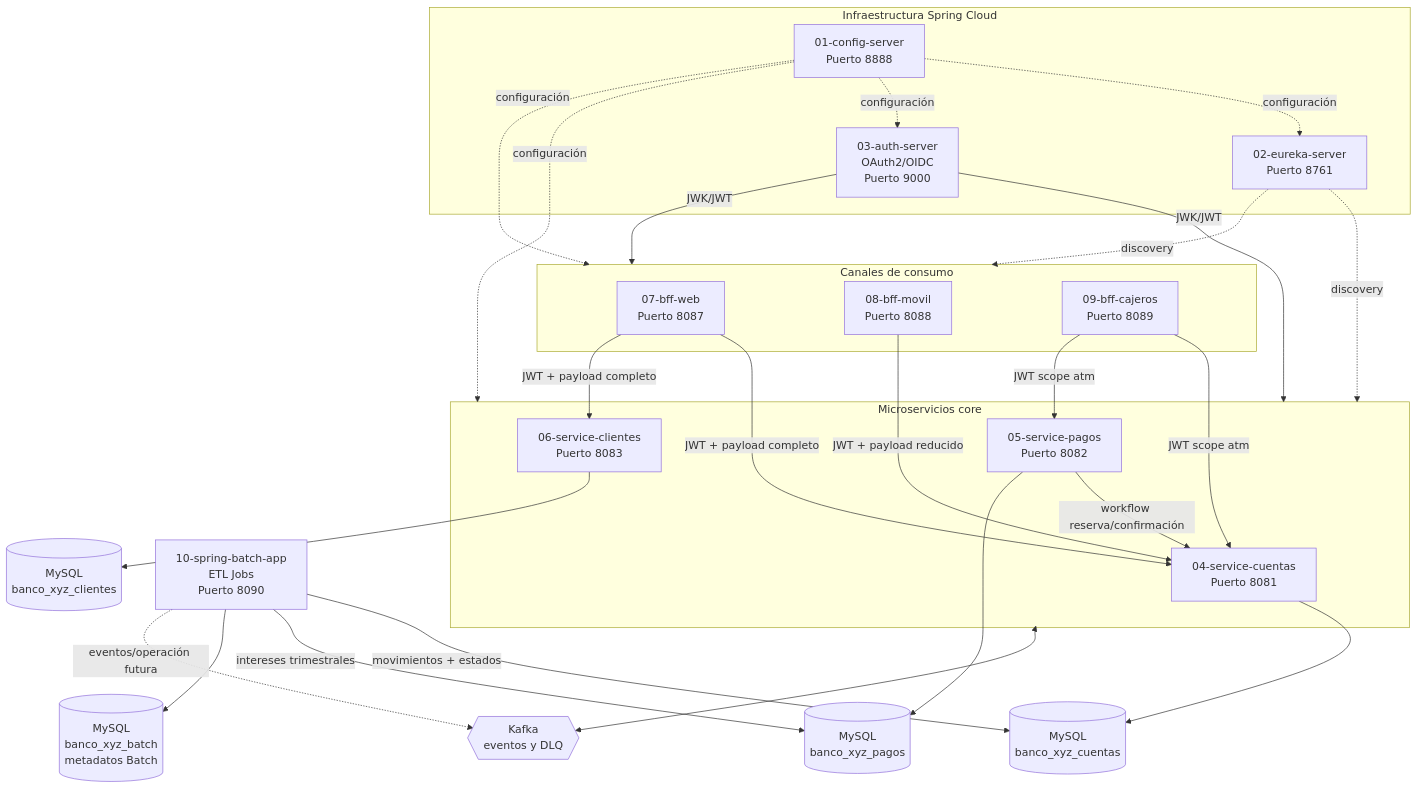
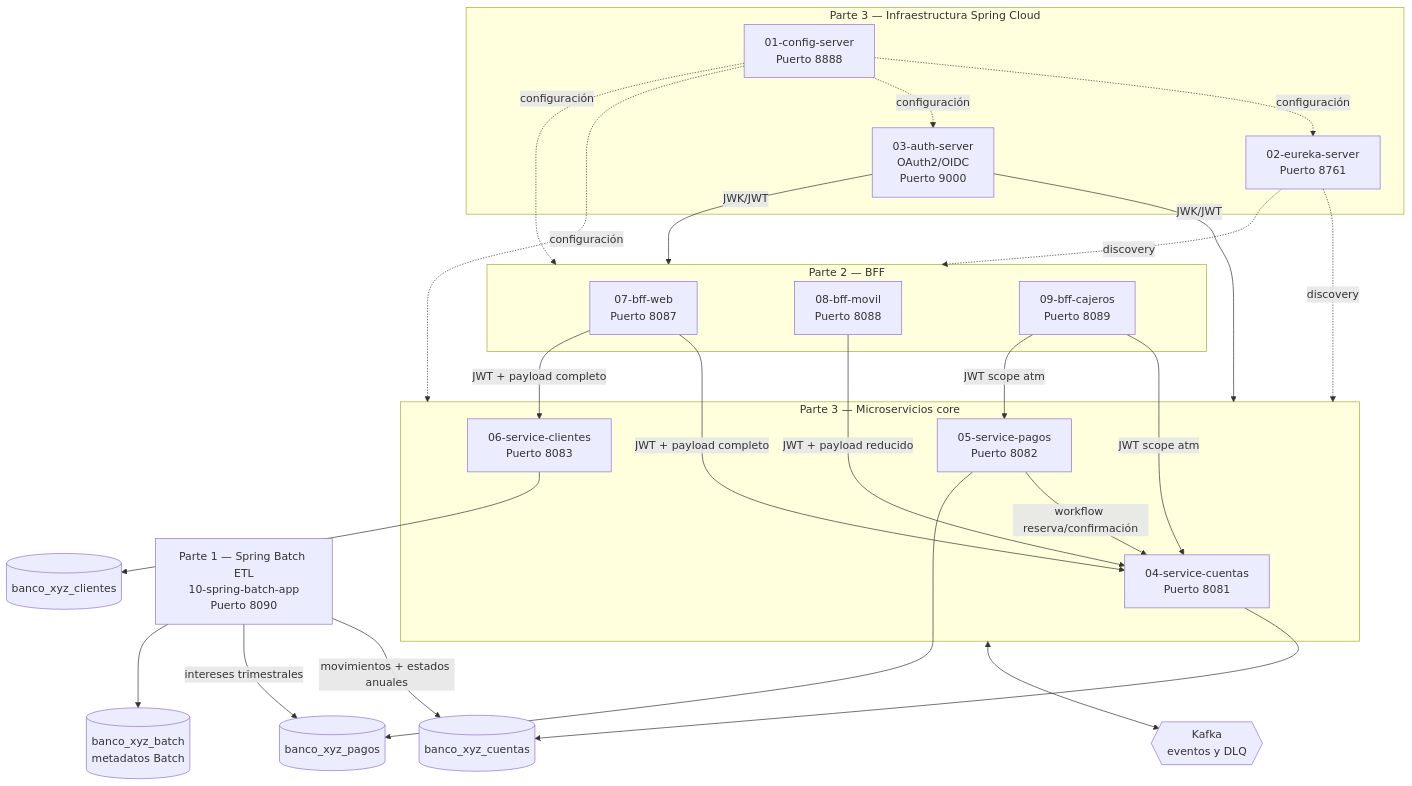
One commit to andreaendigital/backend03_eft changed the diagram in README.md. Above: the diagram before and after it, drawn with Mermaid. The commit also changed other lines of this file and 2 other files, not shown here.

````diff
--- a/README.md
+++ b/README.md
@@ -29,52 +77,51 @@
 ```mermaid
 flowchart TB
-    subgraph Canales["Canales de consumo"]
+    subgraph Canales["Parte 2 — BFF"]
         WEB["07-bff-web<br/>Puerto 8087"]
         MOB["08-bff-movil<br/>Puerto 8088"]
         ATM["09-bff-cajeros<br/>Puerto 8089"]
     end
 
-    subgraph Infra["Infraestructura Spring Cloud"]
+    subgraph Infra["Parte 3 — Infraestructura Spring Cloud"]
         CFG["01-config-server<br/>Puerto 8888"]
         EUR["02-eureka-server<br/>Puerto 8761"]
         AUTH["03-auth-server<br/>OAuth2/OIDC<br/>Puerto 9000"]
     end
 
-    subgraph Core["Microservicios core"]
+    subgraph Core["Parte 3 — Microservicios core"]
         CUENTAS["04-service-cuentas<br/>Puerto 8081"]
         PAGOS["05-service-pagos<br/>Puerto 8082"]
         CLIENTES["06-service-clientes<br/>Puerto 8083"]
     end
 
-    BATCH["10-spring-batch-app<br/>ETL Jobs<br/>Puerto 8090"]
-    MYSQL_BATCH[(MySQL<br/>banco_xyz_batch<br/>metadatos Batch)]
-    MYSQL_CUENTAS[(MySQL<br/>banco_xyz_cuentas)]
-    MYSQL_PAGOS[(MySQL<br/>banco_xyz_pagos)]
-    MYSQL_CLIENTES[(MySQL<br/>banco_xyz_clientes)]
+    BATCH["Parte 1 — Spring Batch ETL<br/>10-spring-batch-app<br/>Puerto 8090"]
+    MYSQL_BATCH[(banco_xyz_batch<br/>metadatos Batch)]
+    MYSQL_CUENTAS[(banco_xyz_cuentas)]
+    MYSQL_PAGOS[(banco_xyz_pagos)]
+    MYSQL_CLIENTES[(banco_xyz_clientes)]
     KAFKA{{Kafka<br/>eventos y DLQ}}
 
     WEB -->|JWT + payload completo| CUENTAS
     WEB -->|JWT + payload completo| CLIENTES
     MOB -->|JWT + payload reducido| CUENTAS
     ATM -->|JWT scope atm| CUENTAS
     ATM -->|JWT scope atm| PAGOS
     PAGOS -->|workflow reserva/confirmación| CUENTAS
 
     CFG -. configuración .-> EUR
     CFG -. configuración .-> AUTH
     CFG -. configuración .-> Core
     CFG -. configuración .-> Canales
     EUR -. discovery .-> Core
     EUR -. discovery .-> Canales
     AUTH -->|JWK/JWT| Core
     AUTH -->|JWK/JWT| Canales
 
     CUENTAS --> MYSQL_CUENTAS
     PAGOS --> MYSQL_PAGOS
     CLIENTES --> MYSQL_CLIENTES
     Core <--> KAFKA
-    BATCH -->|movimientos + estados| MYSQL_CUENTAS
+    BATCH -->|movimientos + estados anuales| MYSQL_CUENTAS
     BATCH -->|intereses trimestrales| MYSQL_PAGOS
     BATCH --> MYSQL_BATCH
-    BATCH -. eventos/operación futura .-> KAFKA
 ```
````
